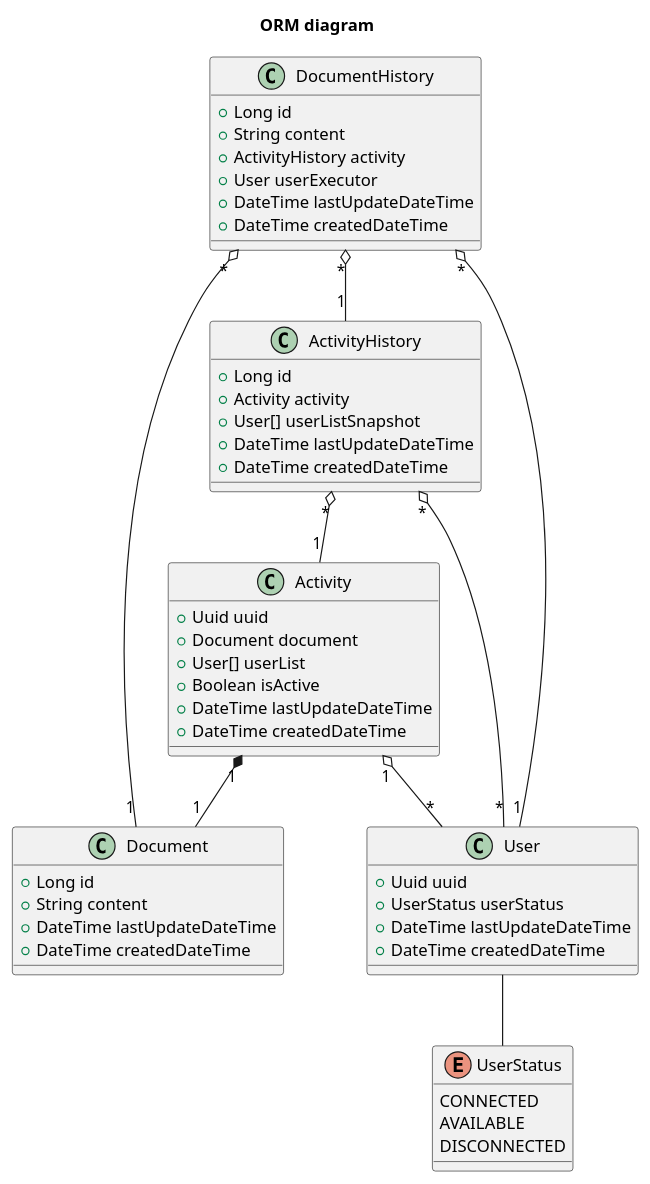
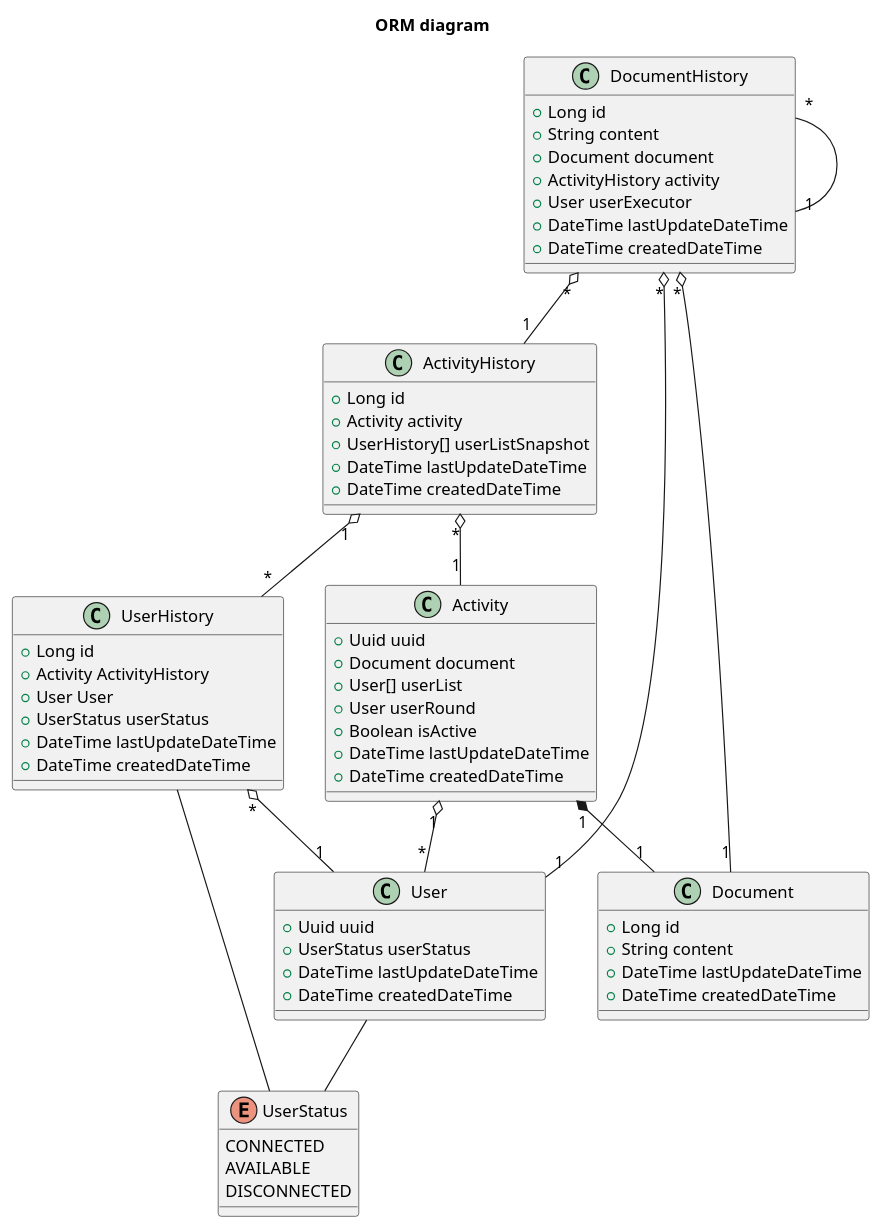
One commit to orion-services/Activity changed the diagram in docs/diagrams/class/ORM.wsd. Above: the diagram before and after it, drawn with PlantUML. The commit also changed 9 other files, not shown here.

```diff
--- a/docs/diagrams/class/ORM.wsd
+++ b/docs/diagrams/class/ORM.wsd
@@ -1,65 +1,80 @@
 @startuml ORM
   title "ORM diagram"
   ' ------ CLASS DECLARATION ------
   class Activity {
     +Uuid uuid
     +Document document
     +User[] userList
+    +User userRound
     +Boolean isActive
     +DateTime lastUpdateDateTime
     +DateTime createdDateTime
   }
 
   class Document {
     +Long id
     +String content
     +DateTime lastUpdateDateTime
     +DateTime createdDateTime
   }
 
   class DocumentHistory {
     +Long id
     +String content
+    +Document document
     +ActivityHistory activity
     +User userExecutor
     +DateTime lastUpdateDateTime
     +DateTime createdDateTime
   }
 
   class ActivityHistory {
     +Long id
     +Activity activity
-    +User[] userListSnapshot
+    +UserHistory[] userListSnapshot
+    +DateTime lastUpdateDateTime
+    +DateTime createdDateTime
+  }
+
+  class UserHistory {
+    +Long id
+    +Activity ActivityHistory
+    +User User
+    +UserStatus userStatus
     +DateTime lastUpdateDateTime
     +DateTime createdDateTime
   }
 
   class User {
     +Uuid uuid
     +UserStatus userStatus
     +DateTime lastUpdateDateTime
     +DateTime createdDateTime
   }
 
   enum UserStatus {
     CONNECTED
     AVAILABLE
     DISCONNECTED
   }
   ' ------ END CLASS DECLARATION ------
   ' -----------------------------------
   ' ------ RELATION DECLARATIONS ------
   User -- UserStatus
 
   Activity "1" o-- "*"User
   Activity "1" *-- "1" Document
 
   ActivityHistory "*" o-- "1" Activity
-  ActivityHistory "*" o-- "*" User
+  ActivityHistory "1" o-- "*" UserHistory
 
   DocumentHistory "*" o-- "1" Document
   DocumentHistory "*" o-- "1" User
   DocumentHistory "*" o-- "1" ActivityHistory
+  DocumentHistory "*" O-- "1" DocumentHistory
+
+  UserHistory "*" o-- "1" User
+  UserHistory -- UserStatus
 
   ' ------ END RELATION DECLARATIONS ------
 @enduml
```
